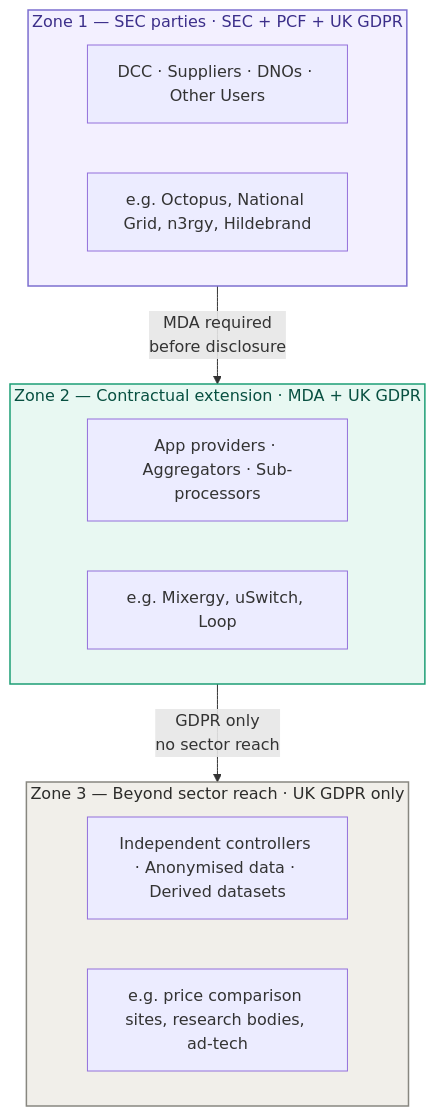
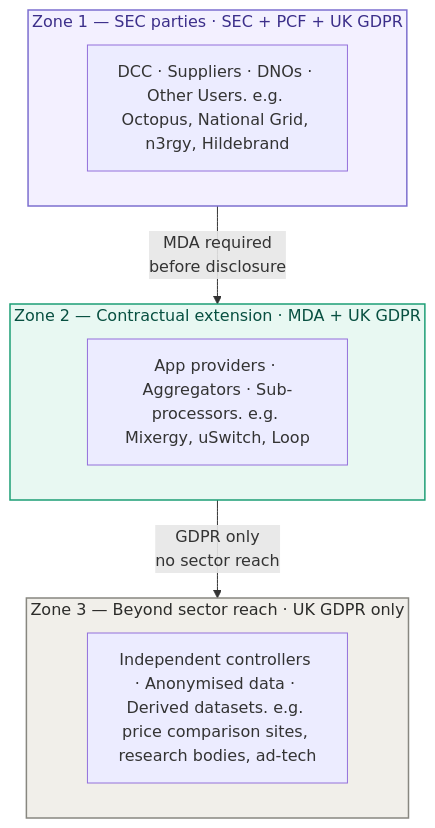
The diagram in docs/data-zones.mdx (AuthEnergy/DAR), drawn with Mermaid before and after one commit. The commit also changed other lines of this file, not shown here.

````diff
--- a/docs/data-zones.mdx
+++ b/docs/data-zones.mdx
@@ -14,24 +14,21 @@
 ```mermaid
 graph TD
     subgraph Z1["Zone 1 — SEC parties · SEC + PCF + UK GDPR"]
-        A["DCC · Suppliers · DNOs · Other Users"]
-        B["e.g. Octopus, National Grid, n3rgy, Hildebrand"]
+        A["DCC · Suppliers · DNOs · Other Users. e.g. Octopus, National Grid, n3rgy, Hildebrand"]
     end
 
     subgraph Z2["Zone 2 — Contractual extension · MDA + UK GDPR"]
-        C["App providers · Aggregators · Sub-processors"]
-        D["e.g. Mixergy, uSwitch, Loop"]
+        C["App providers · Aggregators · Sub-processors. e.g. Mixergy, uSwitch, Loop"]
     end
 
     subgraph Z3["Zone 3 — Beyond sector reach · UK GDPR only"]
-        E["Independent controllers · Anonymised data · Derived datasets"]
-        F["e.g. price comparison sites, research bodies, ad-tech"]
+        E["Independent controllers · Anonymised data · Derived datasets. e.g. price comparison sites, research bodies, ad-tech"]
     end
 
-    Z1 -->|"MDA required\nbefore disclosure"| Z2
-    Z2 -->|"GDPR only\nno sector reach"| Z3
+    Z1 -->|"MDA required<br/>before disclosure"| Z2
+    Z2 -->|"GDPR only<br/>no sector reach"| Z3
 
     style Z1 fill:#f3f0ff,stroke:#7c6fcf,stroke-width:1.5px,color:#3c2f8a
     style Z2 fill:#e8f8f2,stroke:#1d9e75,stroke-width:1.5px,color:#085041
     style Z3 fill:#f1efea,stroke:#888780,stroke-width:1.5px,color:#2c2c2a
 ```
````
